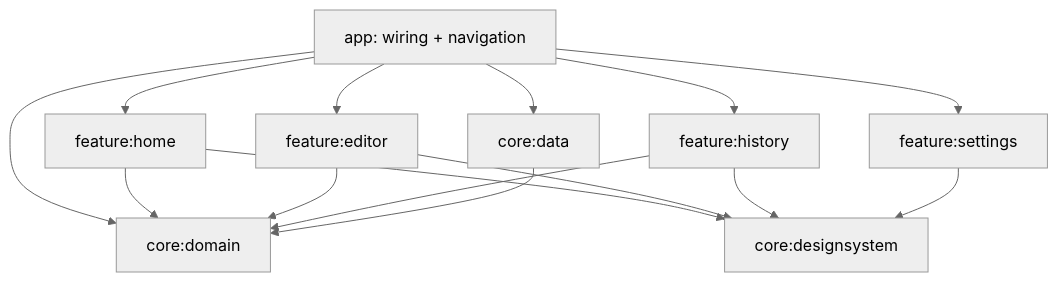
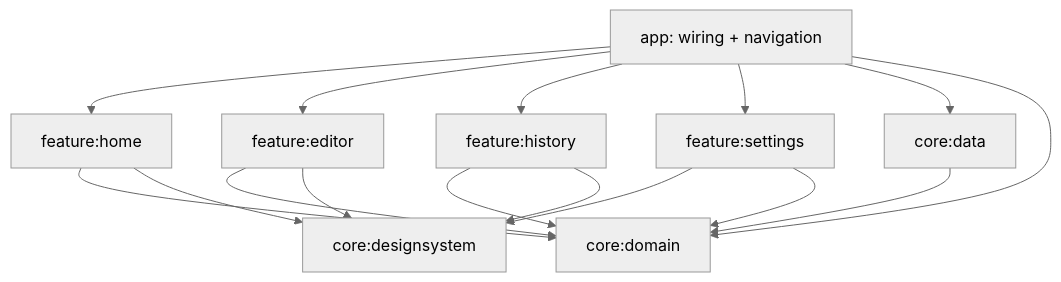
The diagram in docs/ARCHITECTURE.md (Ntdpz/PIE), drawn with Mermaid (neutral theme) before and after one commit. The commit also changed other lines of this file and 134 other files, not shown here.

````diff
--- a/docs/ARCHITECTURE.md
+++ b/docs/ARCHITECTURE.md
@@ -11,17 +11,18 @@
 ```mermaid
 flowchart TD
   App[app: wiring + navigation] --> Home[feature:home]
   App --> Editor[feature:editor]
   App --> History[feature:history]
   App --> Settings[feature:settings]
   App --> Data[core:data]
   App --> Domain[core:domain]
   Home --> Domain
   Editor --> Domain
   History --> Domain
   Home --> DS[core:designsystem]
   Editor --> DS
   History --> DS
   Settings --> DS
+  Settings --> Domain
   Data --> Domain
 ```
````
